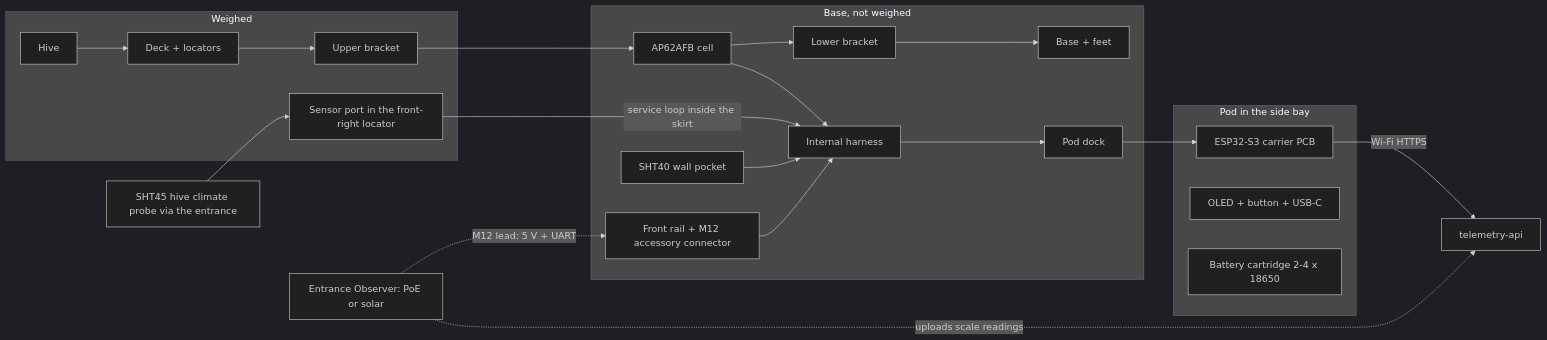
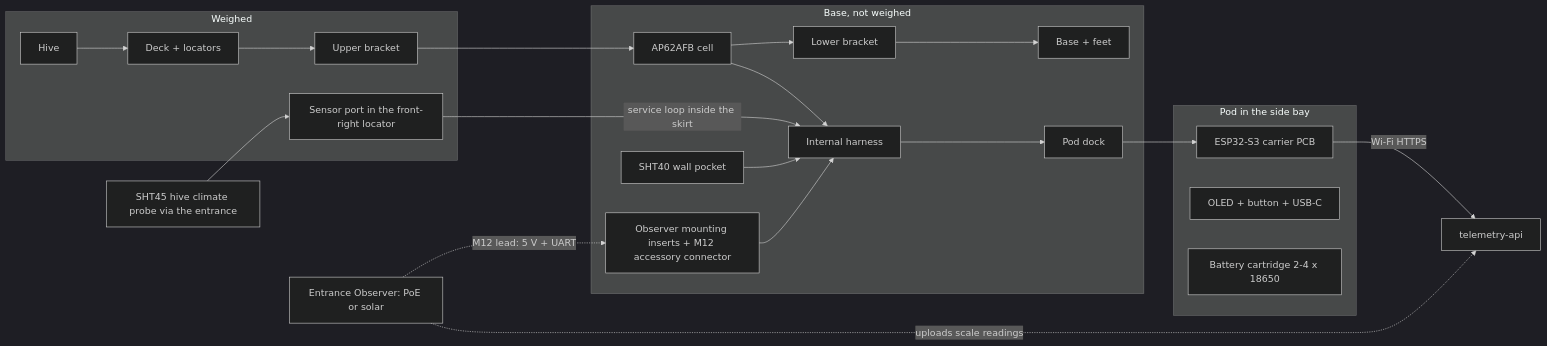
The diagram in content/docs/beehive-sensors/product-description.md (Gratheon/website2), drawn with Mermaid (dark theme) before and after one commit. The commit also changed other lines of this file and 36 other files, not shown here.

First line of the commit message:
Front page: scroll-driven Beehive sensors showcase; scale without rail or bubble level

````diff
--- a/content/docs/beehive-sensors/product-description.md
+++ b/content/docs/beehive-sensors/product-description.md
@@ -39,28 +39,28 @@
 ```mermaid
 flowchart LR
     subgraph Weighed[Weighed]
         hive[Hive] --> deck[Deck + locators] --> top[Upper bracket]
         port[Sensor port in the front-right locator]
     end
     subgraph Base[Base, not weighed]
         cell[AP62AFB cell] --> low[Lower bracket] --> pan[Base + feet]
         harness[Internal harness]
         dock[Pod dock]
-        rail[Front rail + M12 accessory connector]
+        rail[Observer mounting inserts + M12 accessory connector]
         sht[SHT40 wall pocket]
     end
     top --> cell
     subgraph Pod[Pod in the side bay]
         pcb[ESP32-S3 carrier PCB]
         face[OLED + button + USB-C]
         cart[Battery cartridge 2-4 x 18650]
     end
     probe[SHT45 hive climate probe via the entrance] --> port
     port -- service loop inside the skirt --> harness
     cell --> harness
     sht --> harness
     rail --> harness --> dock --> pcb
     eo[Entrance Observer: PoE or solar] -. M12 lead: 5 V + UART .-> rail
     pcb -- Wi-Fi HTTPS --> telemetry[telemetry-api]
     eo -. uploads scale readings .-> telemetry
 ```
````
